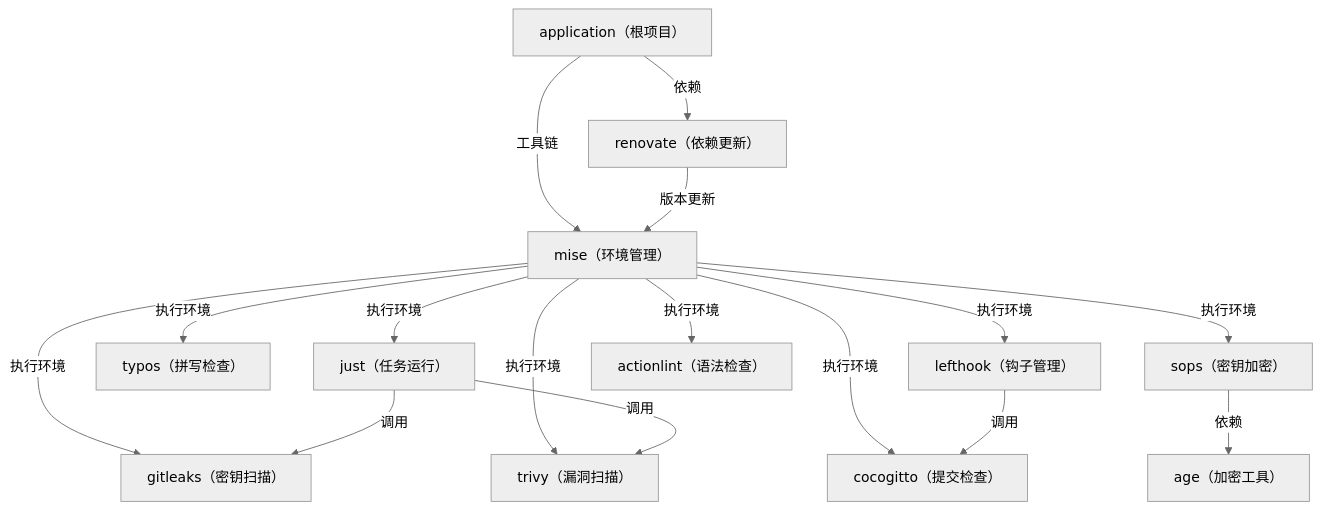
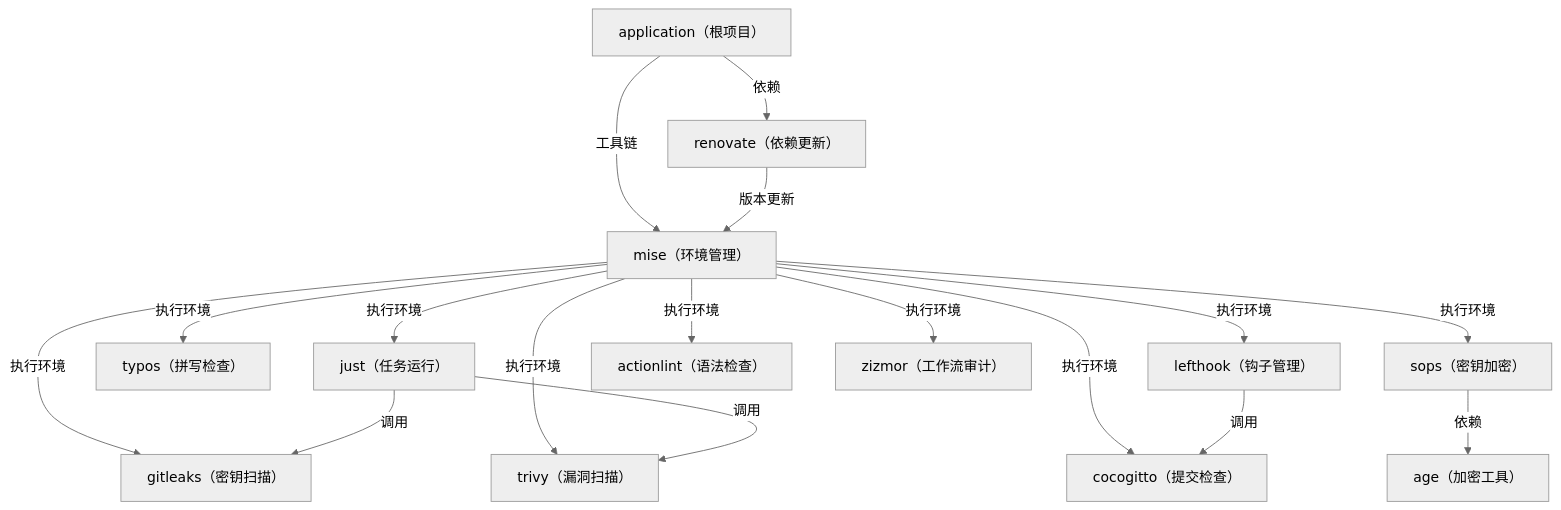
The diagram in README.md (sweets-wtt/application), drawn with Mermaid (neutral theme) before and after one commit. The commit also changed other lines of this file and 3 other files, not shown here.

````diff
--- a/README.md
+++ b/README.md
@@ -10,19 +10,20 @@
 ```mermaid
 flowchart TD
     application["application（根项目）"]
     application -->|工具链| mise["mise（环境管理）"]
     mise -->|执行环境| just["just（任务运行）"]
     mise -->|执行环境| typos["typos（拼写检查）"]
     mise -->|执行环境| cocogitto["cocogitto（提交检查）"]
     mise -->|执行环境| lefthook["lefthook（钩子管理）"]
     lefthook -->|调用| cocogitto["cocogitto（提交检查）"]
     mise -->|执行环境| gitleaks["gitleaks（密钥扫描）"]
     just -->|调用| gitleaks["gitleaks（密钥扫描）"]
     application -->|依赖| renovate["renovate（依赖更新）"]
     renovate -->|版本更新| mise["mise（环境管理）"]
     mise -->|执行环境| sops["sops（密钥加密）"]
     sops -->|依赖| age["age（加密工具）"]
     mise -->|执行环境| trivy["trivy（漏洞扫描）"]
     just -->|调用| trivy["trivy（漏洞扫描）"]
     mise -->|执行环境| actionlint["actionlint（语法检查）"]
+    mise -->|执行环境| zizmor["zizmor（工作流审计）"]
 ```
````
